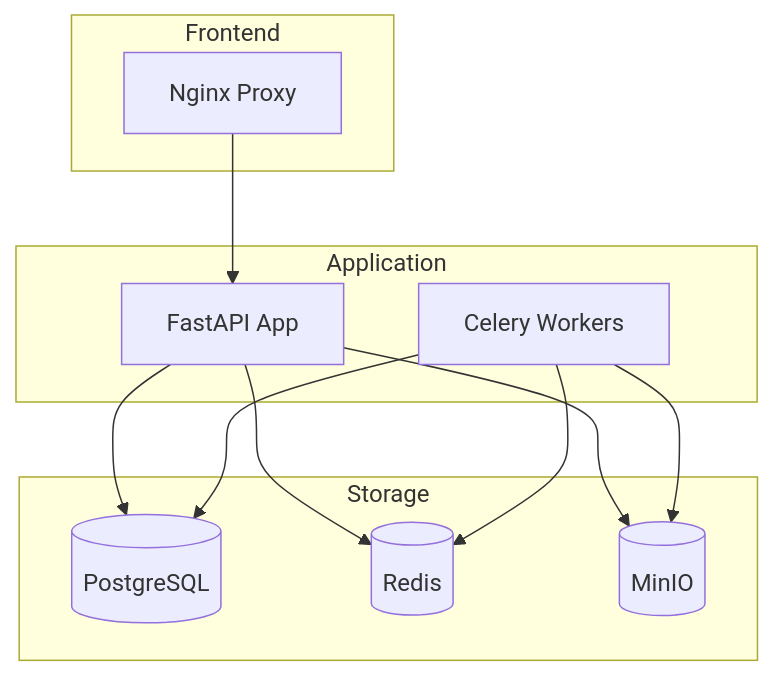
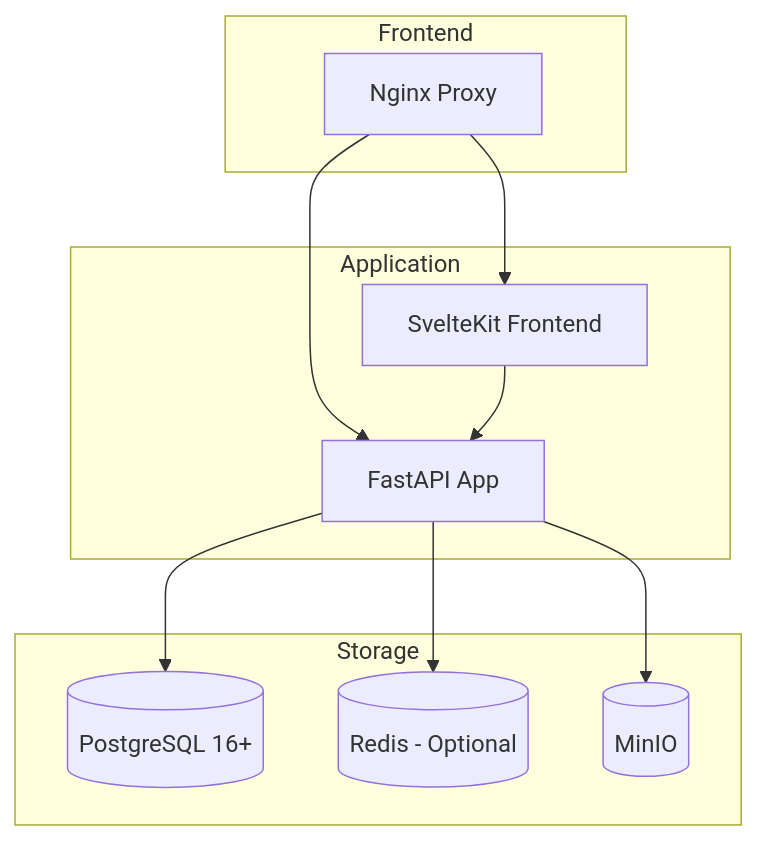
Before and after one commit to unclesp1d3r/CipherSwarm: the third of 3 diagrams in docs/architecture/overview.md, drawn with Mermaid. The commit also changed other lines of this file and 2 other files, not shown here.

First line of the commit message:
docs(architecture): enhance API and system component documentation

````diff
--- a/docs/architecture/overview.md
+++ b/docs/architecture/overview.md
@@ -213,21 +348,21 @@
 ```mermaid
 graph TB
     subgraph "Frontend"
         NGINX[Nginx Proxy]
     end
 
     subgraph "Application"
         APP[FastAPI App]
-        CELERY[Celery Workers]
+        FRONTEND[SvelteKit Frontend]
     end
 
     subgraph "Storage"
-        PG[(PostgreSQL)]
-        REDIS[(Redis)]
+        PG[(PostgreSQL 16+)]
+        REDIS[(Redis - Optional)]
         MINIO[(MinIO)]
     end
 
-    NGINX --> APP
+    NGINX --> APP & FRONTEND
     APP --> PG & REDIS & MINIO
-    CELERY --> PG & REDIS & MINIO
+    FRONTEND --> APP
 ```
````
